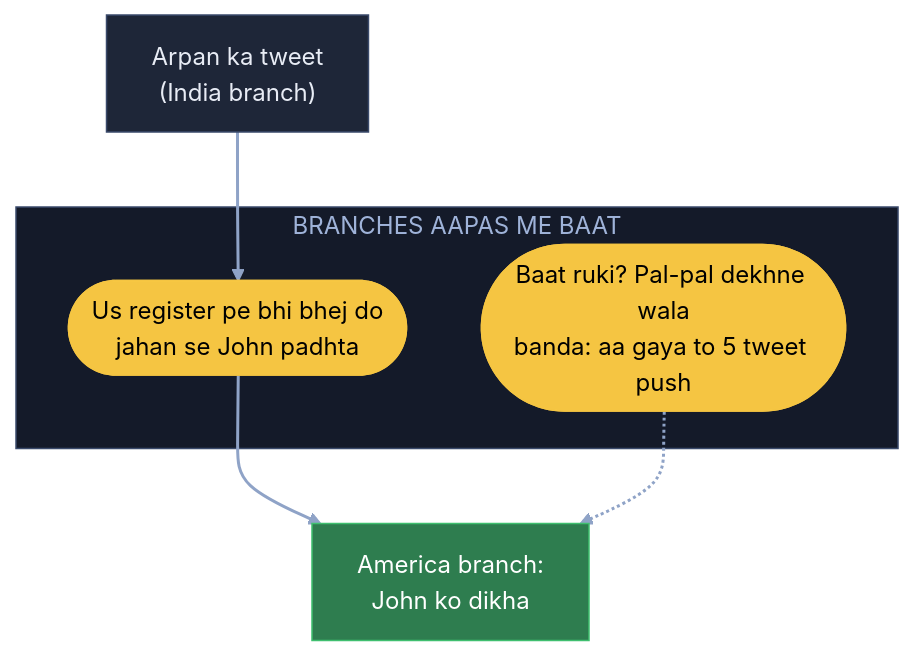
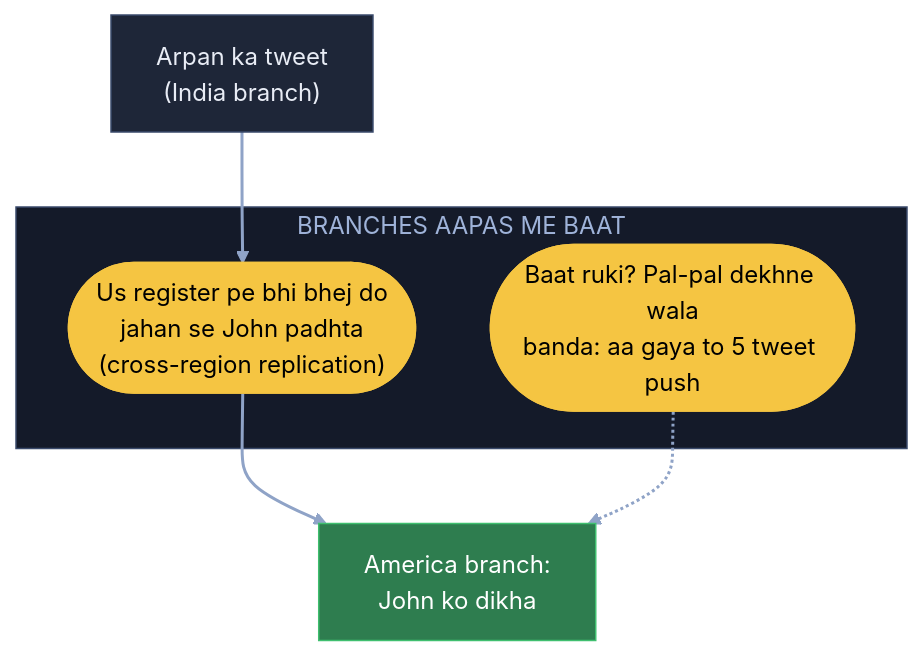
One commit to ArpanMaheshwari144/Prep changed the ninth of 21 diagrams in 04_HLD/SYSTEM_DESIGNS/03_twitter_feed/03_twitter_feed.md. Above: the diagram before and after it, drawn with Mermaid. The commit also changed other lines of this file and 22 other files, not shown here.

Commit message:
Diagram: sirf kahani ke dohraaye shabd pe bracket, us jagah notes wala matlab (207 label)

````diff
--- a/04_HLD/SYSTEM_DESIGNS/03_twitter_feed/03_twitter_feed.md
+++ b/04_HLD/SYSTEM_DESIGNS/03_twitter_feed/03_twitter_feed.md
@@ -358,18 +358,18 @@
 ```mermaid
 flowchart TB
     A["Arpan ka tweet<br/>(India branch)"]:::card
     subgraph BB["BRANCHES AAPAS ME BAAT"]
-        B(["Us register pe bhi bhej do<br/>jahan se John padhta"]):::pill
+        B(["Us register pe bhi bhej do<br/>jahan se John padhta<br/>(cross-region replication)"]):::pill
         P(["Baat ruki? Pal-pal dekhne wala<br/>banda: aa gaya to 5 tweet push"]):::pill
     end
     US["America branch:<br/>John ko dikha"]:::good
     A --> B
     B --> US
     P -.-> US
     linkStyle default stroke:#8fa3c7,stroke-width:2px
     classDef card fill:#1e2638,stroke:#3a4a6b,color:#e8ecf5
     classDef pill fill:#f5c542,stroke:#f5c542,color:#000
     classDef good fill:#2e7d4f,stroke:#3fbf6f,color:#fff
     classDef bad fill:#5c1f24,stroke:#e05561,color:#fff
     style BB fill:#141a29,stroke:#3a4a6b,color:#9fb3d9
 ```
````
